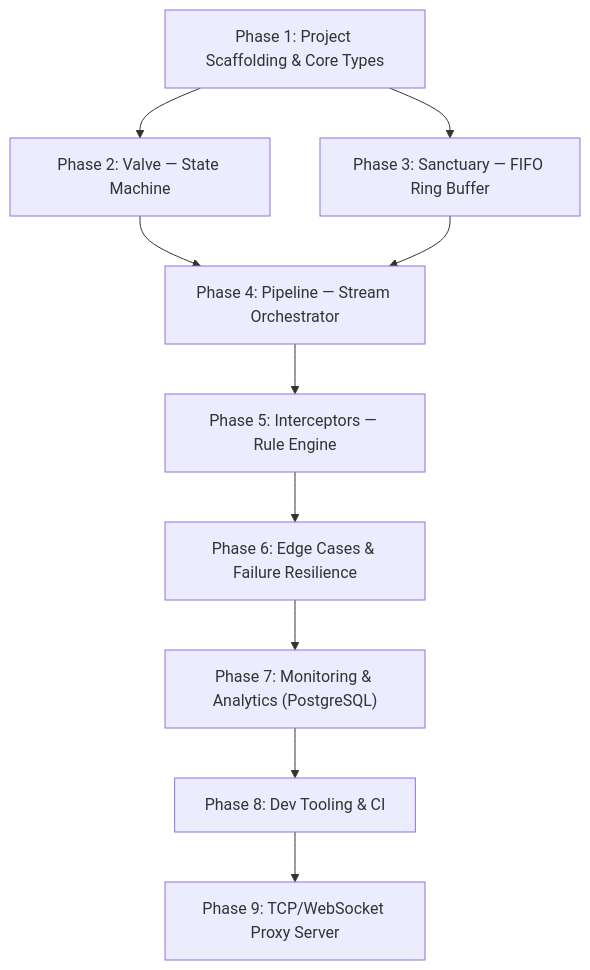
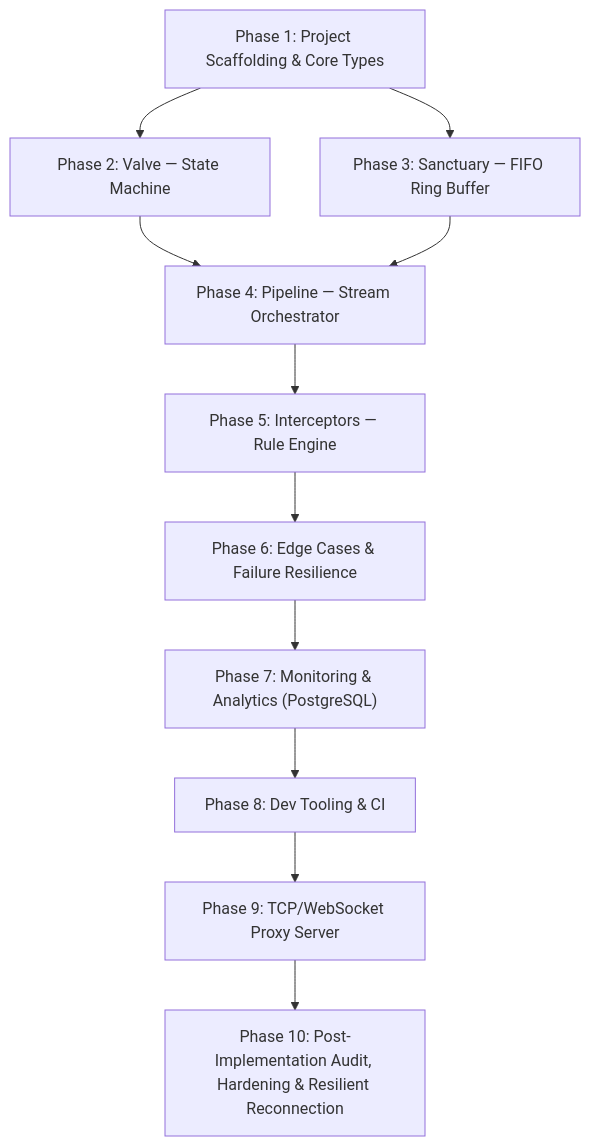
The first of 10 diagrams in docs/implementation-plan.md (ysBayram/kervan-proxy), drawn with Mermaid before and after one commit. The commit also changed other lines of this file and 1 other file, not shown here.

Commit message:
docs(p10): update plan and result doccuments for  Phase 10 audit, hardening, and resilient upstream connection with automatic buffering

````diff
--- a/docs/implementation-plan.md
+++ b/docs/implementation-plan.md
@@ -32,22 +32,24 @@
 ```mermaid
 flowchart TD
     P1["Phase 1: Project Scaffolding & Core Types"]
     P2["Phase 2: Valve — State Machine"]
     P3["Phase 3: Sanctuary — FIFO Ring Buffer"]
     P4["Phase 4: Pipeline — Stream Orchestrator"]
     P5["Phase 5: Interceptors — Rule Engine"]
     P6["Phase 6: Edge Cases & Failure Resilience"]
     P7["Phase 7: Monitoring & Analytics (PostgreSQL)"]
     P8["Phase 8: Dev Tooling & CI"]
     P9["Phase 9: TCP/WebSocket Proxy Server"]
+    P10["Phase 10: Post-Implementation Audit, Hardening & Resilient Reconnection"]
 
     P1 --> P2
     P1 --> P3
     P2 --> P4
     P3 --> P4
     P4 --> P5
     P5 --> P6
     P6 --> P7
     P7 --> P8
     P8 --> P9
+    P9 --> P10
 ```
````
